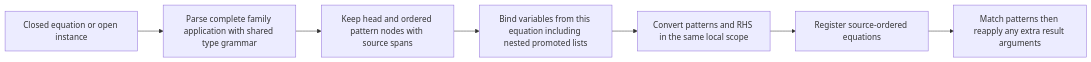
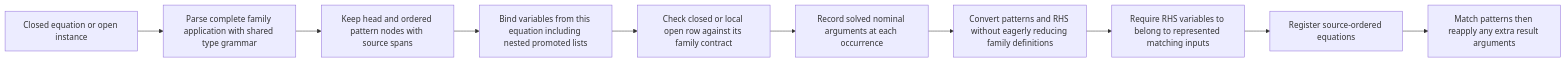
Before and after one commit to loveJesus/haskelujah-chirho: the seventh of 12 diagrams in spec-chirho/workflows-chirho/language-features-chirho/declaration-kinds-chirho.md, drawn with Mermaid. The commit also changed other lines of this file and 9 other files, not shown here.

First line of the commit message:
Carry solved nominal kind arguments into family equations Chirho

````diff
--- a/spec-chirho/workflows-chirho/language-features-chirho/declaration-kinds-chirho.md
+++ b/spec-chirho/workflows-chirho/language-features-chirho/declaration-kinds-chirho.md
@@ -299,9 +299,12 @@
 ```mermaid
 flowchart LR
   EquationSourceChirho[Closed equation or open instance] --> EquationCstChirho[Parse complete family application with shared type grammar]
   EquationCstChirho --> PatternSpineChirho[Keep head and ordered pattern nodes with source spans]
   PatternSpineChirho --> EquationVariablesChirho[Bind variables from this equation including nested promoted lists]
-  EquationVariablesChirho --> EquationTypesChirho[Convert patterns and RHS in the same local scope]
-  EquationTypesChirho --> FamilyRulesChirho[Register source-ordered equations]
+  EquationVariablesChirho --> EquationKindsChirho[Check closed or local open row against its family contract]
+  EquationKindsChirho --> EquationOccurrencesChirho[Record solved nominal arguments at each occurrence]
+  EquationOccurrencesChirho --> EquationTypesChirho[Convert patterns and RHS without eagerly reducing family definitions]
+  EquationTypesChirho --> EquationClosureChirho[Require RHS variables to belong to represented matching inputs]
+  EquationClosureChirho --> FamilyRulesChirho[Register source-ordered equations]
   FamilyRulesChirho --> FamilyReductionChirho[Match patterns then reapply any extra result arguments]
 ```
````
